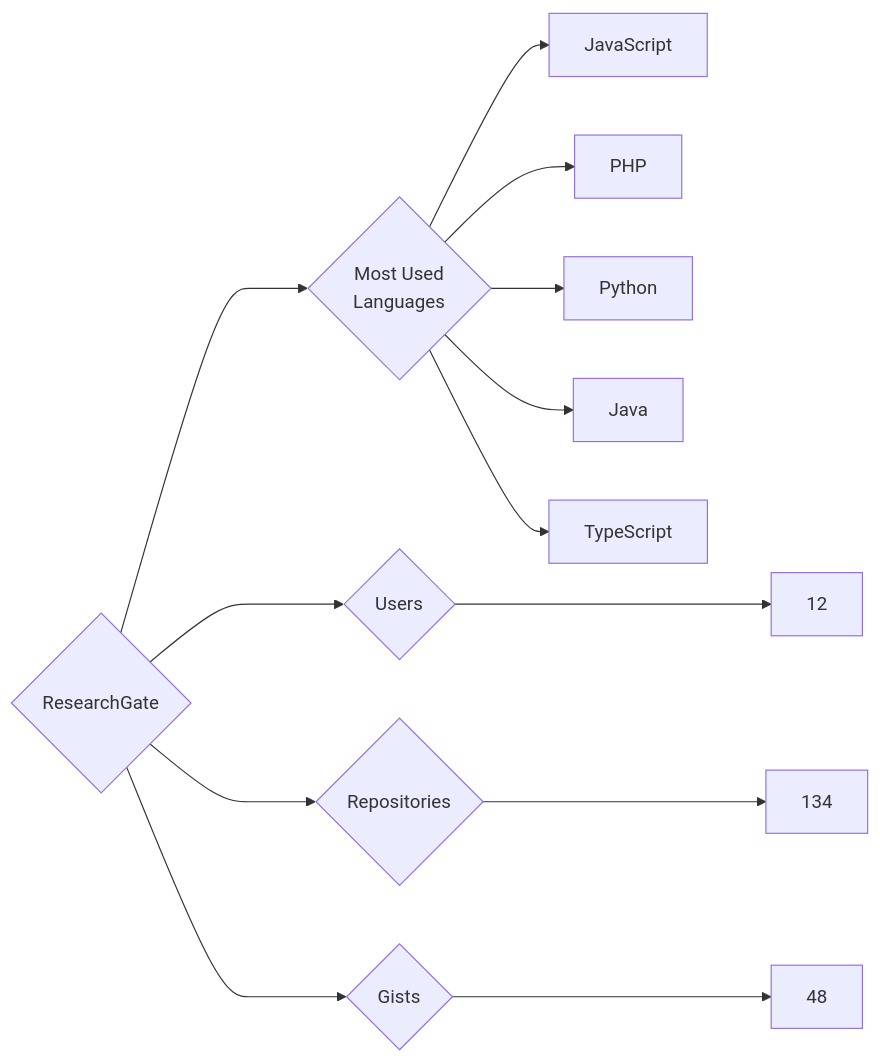
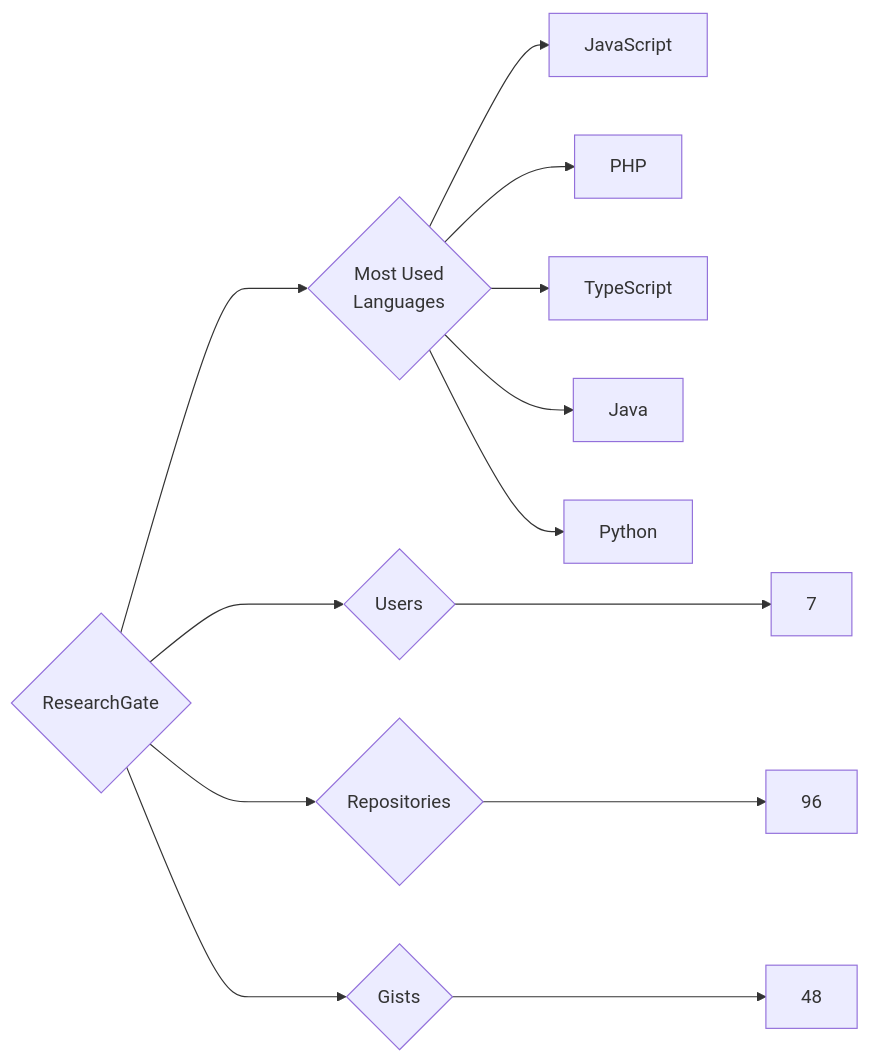
One commit to trickest/insiders changed the diagram in targets/ResearchGate/README.md. Above: the diagram before and after it, drawn with Mermaid. The commit also changed 928 other files, not shown here.

````diff
--- a/targets/ResearchGate/README.md
+++ b/targets/ResearchGate/README.md
@@ -3,13 +3,13 @@
 ```mermaid
 graph LR
 COMPANY_NAME{ResearchGate}
-COMPANY_NAME ---> U{Users} ---> UN[12]
-COMPANY_NAME ---> R{Repositories} ---> RN[134]
+COMPANY_NAME ---> U{Users} ---> UN[7]
+COMPANY_NAME ---> R{Repositories} ---> RN[96]
 COMPANY_NAME ---> G{Gists} ---> GN[48]
 COMPANY_NAME ---> ML{Most Used<br>Languages}
 ML --> JavaScript[JavaScript]
 ML --> PHP[PHP]
+ML --> TypeScript[TypeScript]
+ML --> Java[Java]
 ML --> Python[Python]
-ML --> Java[Java]
-ML --> TypeScript[TypeScript]
 ```
````
